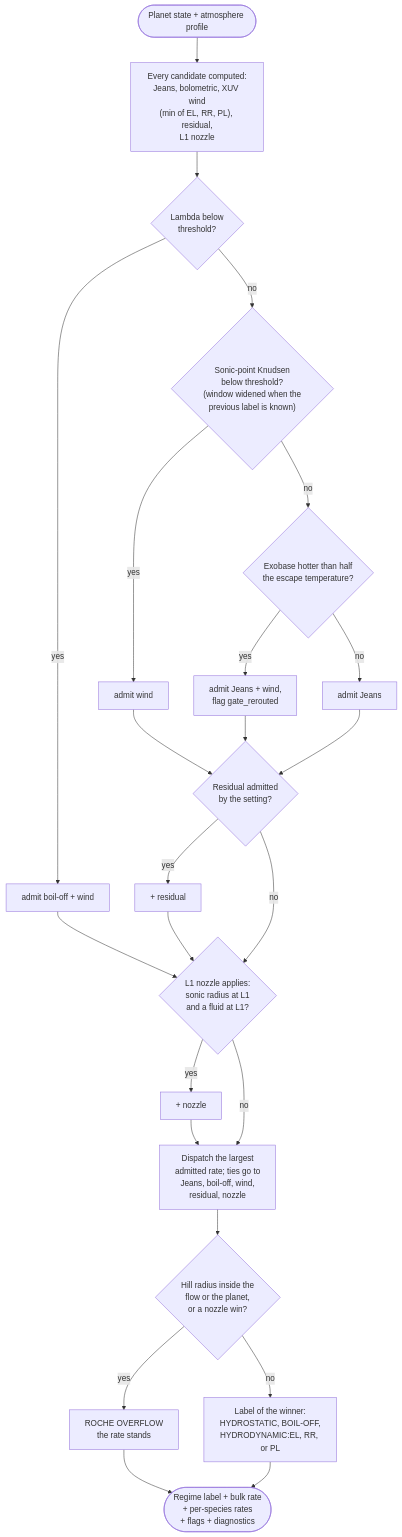
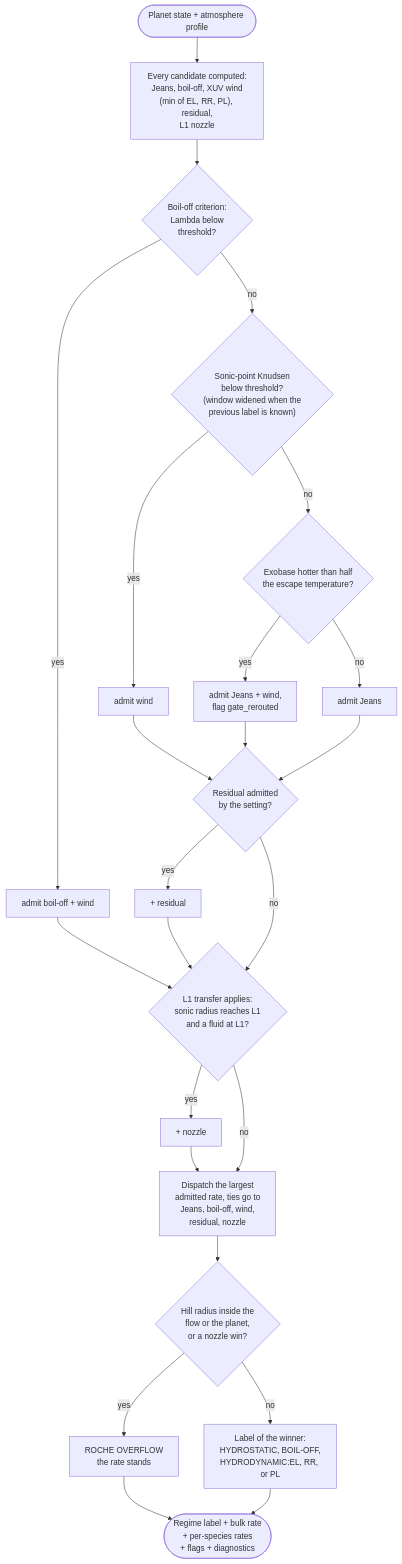
Before and after one commit to FormingWorlds/ZEPHYRUS: the diagram in docs/Explanations/regimes.md, drawn with Mermaid. The commit also changed other lines of this file and 21 other files, not shown here.

````diff
--- a/docs/Explanations/regimes.md
+++ b/docs/Explanations/regimes.md
@@ -27,29 +148,29 @@
 ```mermaid
 flowchart TD
-    IN(["Planet state + atmosphere profile"]) --> CAND["Every candidate computed:<br/>Jeans, bolometric, XUV wind<br/>(min of EL, RR, PL), residual,<br/>L1 nozzle"]
-    CAND --> Q1{"Lambda below<br/>threshold?"}
+    IN(["Planet state + atmosphere profile"]) --> CAND["Every candidate computed:<br/>Jeans, boil-off, XUV wind<br/>(min of EL, RR, PL), residual,<br/>L1 nozzle"]
+    CAND --> Q1{"Boil-off criterion:<br/>Lambda below<br/>threshold?"}
     Q1 -- yes --> A1["admit boil-off + wind"]
     Q1 -- no --> Q2{"Sonic-point Knudsen<br/>below threshold?<br/>(window widened when the<br/>previous label is known)"}
     Q2 -- yes --> A2["admit wind"]
     Q2 -- no --> Q3{"Exobase hotter than half<br/>the escape temperature?"}
     Q3 -- yes --> A3["admit Jeans + wind,<br/>flag gate_rerouted"]
     Q3 -- no --> A4["admit Jeans"]
     A2 --> Q4{"Residual admitted<br/>by the setting?"}
     A3 --> Q4
     A4 --> Q4
     Q4 -- yes --> A5["+ residual"]
     Q4 -- no --> QN
-    A1 --> QN{"L1 nozzle applies:<br/>sonic radius at L1<br/>and a fluid at L1?"}
+    A1 --> QN{"L1 transfer applies:<br/>sonic radius reaches L1<br/>and a fluid at L1?"}
     A5 --> QN
     QN -- yes --> A6["+ nozzle"]
-    QN -- no --> MAX["Dispatch the largest<br/>admitted rate; ties go to<br/>Jeans, boil-off, wind,<br/>residual, nozzle"]
+    QN -- no --> MAX["Dispatch the largest<br/>admitted rate, ties go to<br/>Jeans, boil-off, wind,<br/>residual, nozzle"]
     A6 --> MAX
     MAX --> Q5{"Hill radius inside the<br/>flow or the planet,<br/>or a nozzle win?"}
     Q5 -- yes --> RO["ROCHE OVERFLOW<br/>the rate stands"]
     Q5 -- no --> LAB["Label of the winner:<br/>HYDROSTATIC, BOIL-OFF,<br/>HYDRODYNAMIC:EL, RR, or PL"]
     RO --> OUT(["Regime label + bulk rate<br/>+ per-species rates<br/>+ flags + diagnostics"])
     LAB --> OUT
     class RO,LAB regime
     class Q1,Q2,Q3,Q4,QN,Q5 decision
     class CAND,A1,A2,A3,A4,A5,A6,MAX stage
 ```
````
